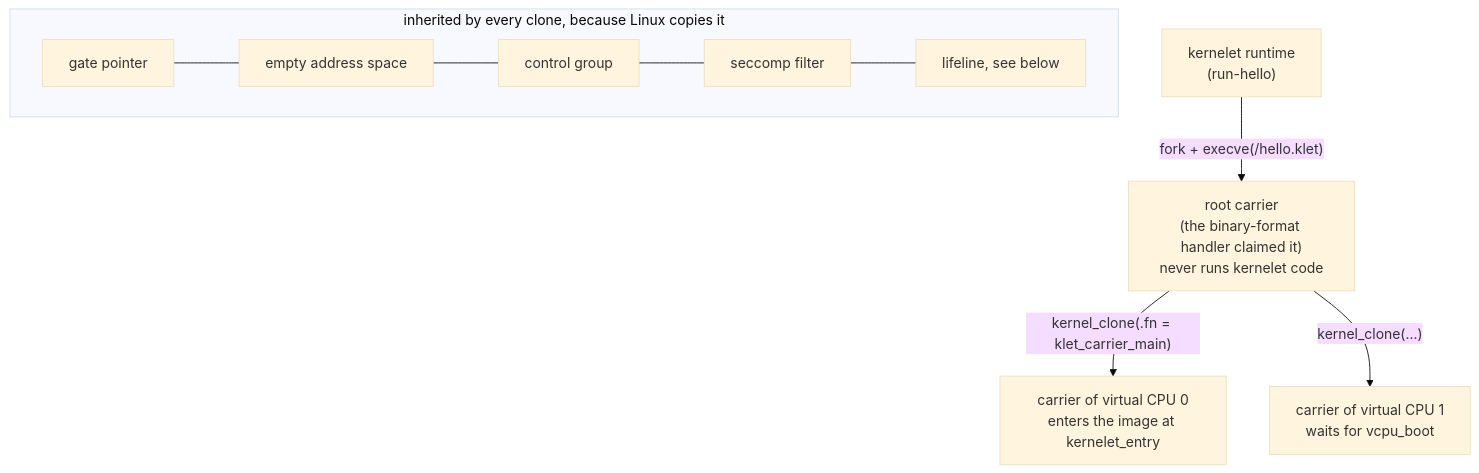
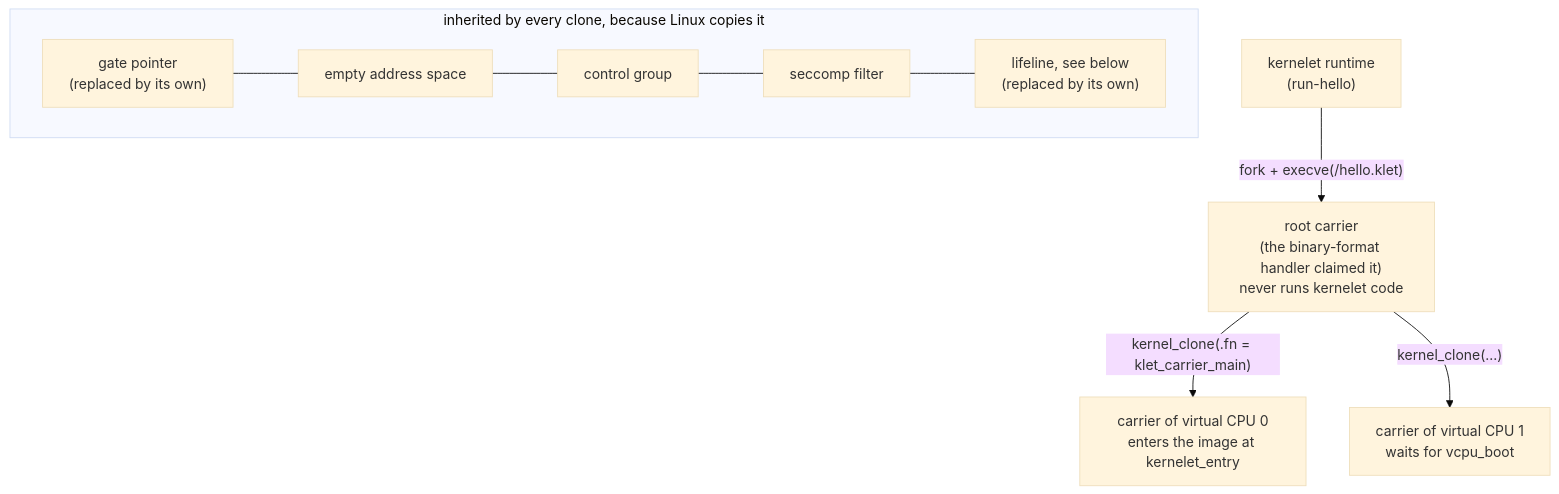
Before and after one commit to Plucky923/kernelet: the diagram in src/carriers.md, drawn with Mermaid (base theme). The commit also changed other lines of this file and 17 other files, not shown here.

````diff
--- a/src/carriers.md
+++ b/src/carriers.md
@@ -116,10 +126,10 @@
 ```mermaid
 flowchart TB
     rt["kernelet runtime<br/>(run-hello)"] -- "fork + execve(/hello.klet)" --> root["root carrier<br/>(the binary-format handler claimed it)<br/>never runs kernelet code"]
     root -- "kernel_clone(.fn = klet_carrier_main)" --> v0["carrier of virtual CPU 0<br/>enters the image at kernelet_entry"]
     root -- "kernel_clone(...)" --> v1["carrier of virtual CPU 1<br/>waits for vcpu_boot"]
     subgraph inherited["inherited by every clone, because Linux copies it"]
         direction LR
-        i1[gate pointer] --- i2[empty address space] --- i3[control group] --- i4[seccomp filter] --- i5[lifeline, see below]
+        i1["gate pointer<br/>(replaced by its own)"] --- i2[empty address space] --- i3[control group] --- i4[seccomp filter] --- i5["lifeline, see below<br/>(replaced by its own)"]
     end
 ```
````
